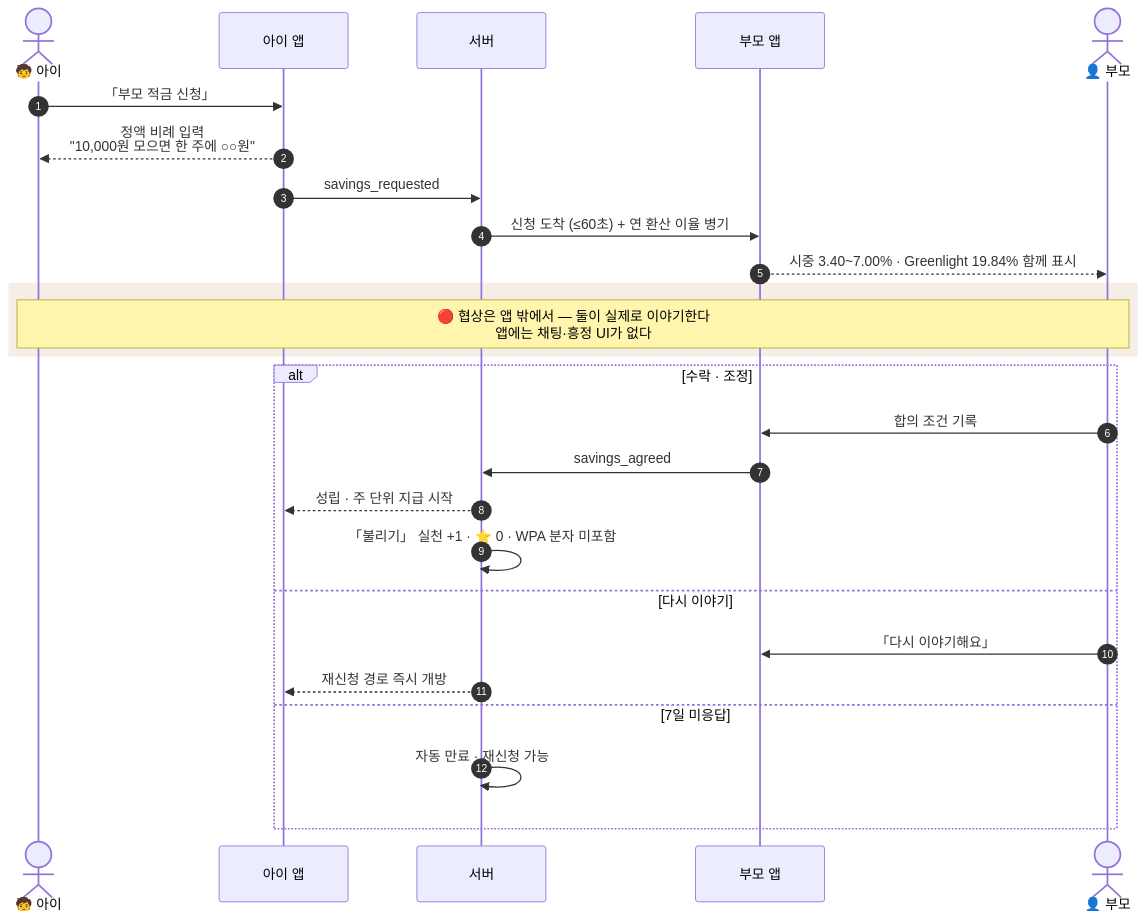
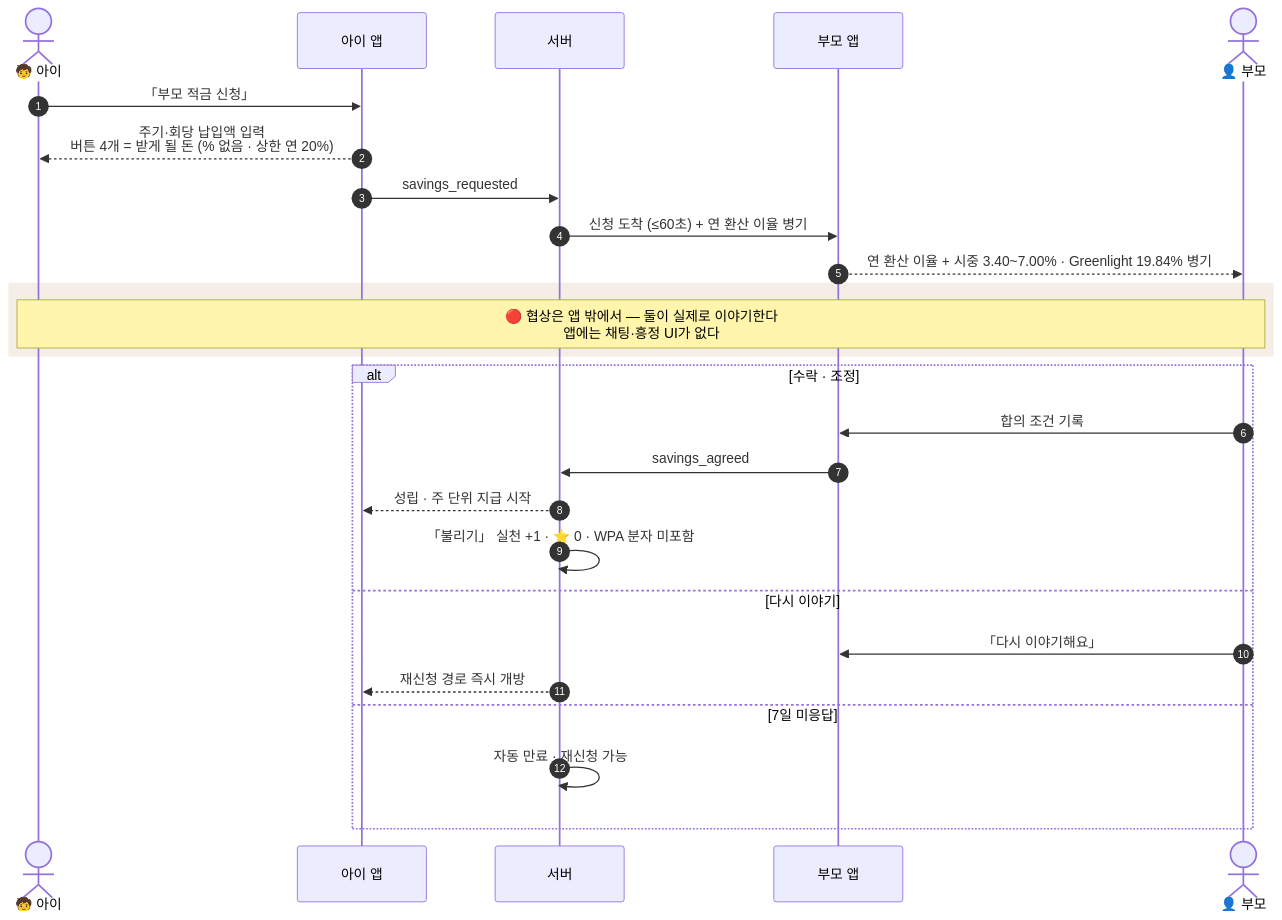
One commit to scene-one/team1_fin-friends changed the fifth of 6 diagrams in 공용공간/10. SRS/SRS_핀프렌즈_v1_0.md. Above: the diagram before and after it, drawn with Mermaid. The commit also changed other lines of this file and 5 other files, not shown here.

````diff
--- a/공용공간/10. SRS/SRS_핀프렌즈_v1_0.md
+++ b/공용공간/10. SRS/SRS_핀프렌즈_v1_0.md
@@ -207,31 +208,31 @@
 ```mermaid
 sequenceDiagram
     autonumber
     actor C as 🧒 아이
     participant CA as 아이 앱
     participant S as 서버
     participant PA as 부모 앱
     actor P as 👤 부모
 
     C->>CA: 「부모 적금 신청」
-    CA-->>C: 정액 비례 입력<br/>"10,000원 모으면 한 주에 ○○원"
+    CA-->>C: 주기·회당 납입액 입력<br/>버튼 4개 = 받게 될 돈 (%  없음 · 상한 연 20%)
     CA->>S: savings_requested
     S->>PA: 신청 도착 (≤60초) + 연 환산 이율 병기
-    PA-->>P: 시중 3.40~7.00% · Greenlight 19.84% 함께 표시
+    PA-->>P: 연 환산 이율 + 시중 3.40~7.00% · Greenlight 19.84% 병기
 
     rect rgb(245,238,230)
         Note over C,P: 🔴 협상은 앱 밖에서 — 둘이 실제로 이야기한다<br/>앱에는 채팅·흥정 UI가 없다
     end
 
     alt 수락 · 조정
         P->>PA: 합의 조건 기록
         PA->>S: savings_agreed
         S-->>CA: 성립 · 주 단위 지급 시작
         S->>S: 「불리기」 실천 +1 · ⭐ 0 · WPA 분자 미포함
     else 다시 이야기
         P->>PA: 「다시 이야기해요」
         S-->>CA: 재신청 경로 즉시 개방
     else 7일 미응답
         S->>S: 자동 만료 · 재신청 가능
     end
 ```
````
